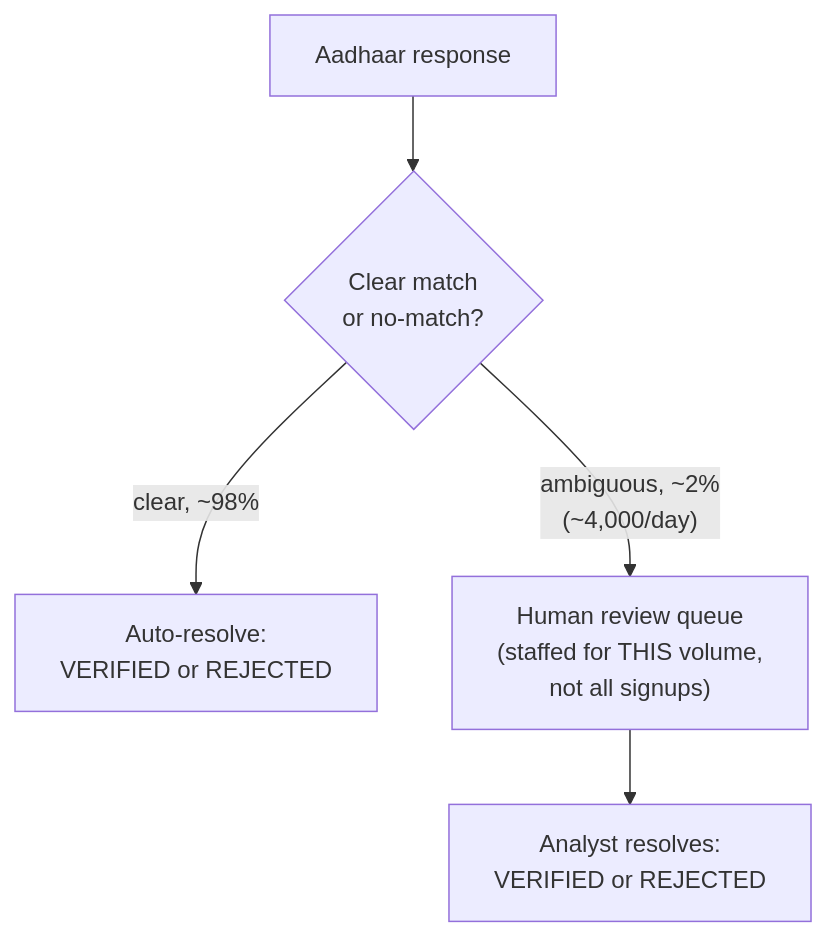
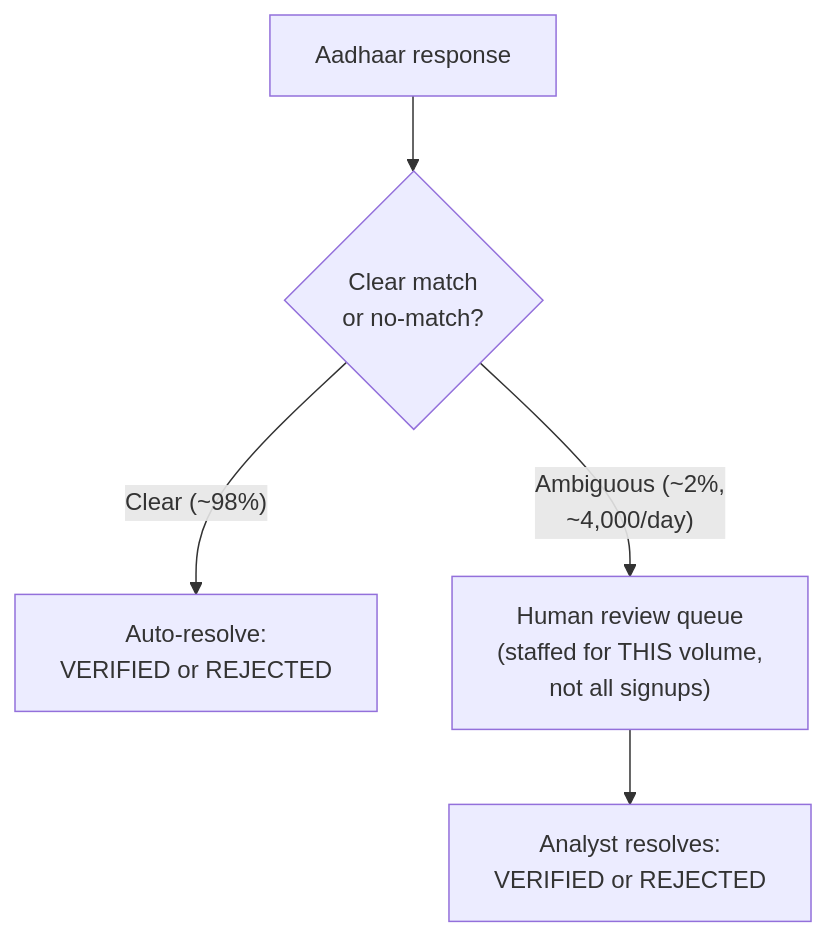
The ninth of 13 diagrams in system-design/HLD/0-course/50-National-ID-KYC-Verification-System-FAANG-Guide-story.md (riyaz-pasha/Learnings), drawn with Mermaid before and after one commit. The commit also changed other lines of this file and 1 other file, not shown here.

Commit message:
[REWRITE] National ID KYC Verification story guide: simplify prose, add structure, fix diagrams

````diff
--- a/system-design/HLD/0-course/50-National-ID-KYC-Verification-System-FAANG-Guide-story.md
+++ b/system-design/HLD/0-course/50-National-ID-KYC-Verification-System-FAANG-Guide-story.md
@@ -359,7 +538,7 @@
 ```mermaid
 flowchart TD
-    A["Aadhaar response"] --> B{"Clear match\nor no-match?"}
-    B -->|"clear, ~98%"| C["Auto-resolve:\nVERIFIED or REJECTED"]
-    B -->|"ambiguous, ~2%\n(~4,000/day)"| D["Human review queue\n(staffed for THIS volume,\nnot all signups)"]
-    D --> E["Analyst resolves:\nVERIFIED or REJECTED"]
+    A["Aadhaar response"] --> B{"Clear match<br/>or no-match?"}
+    B -->|"Clear (~98%)"| C["Auto-resolve:<br/>VERIFIED or REJECTED"]
+    B -->|"Ambiguous (~2%,<br/>~4,000/day)"| D["Human review queue<br/>(staffed for THIS volume,<br/>not all signups)"]
+    D --> E["Analyst resolves:<br/>VERIFIED or REJECTED"]
 ```
````
